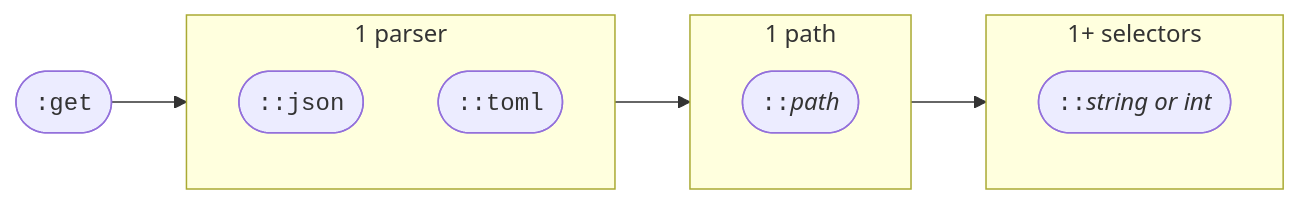
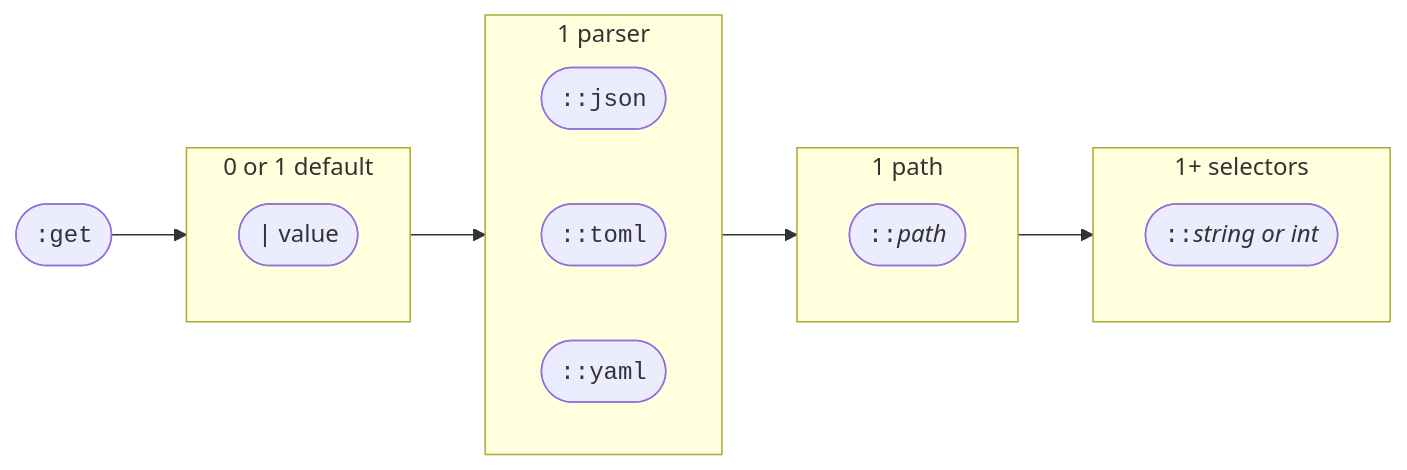
Before and after one commit to deathbeds/doitoml: the second of 4 diagrams in docs/how-to/dsl.md, drawn with Mermaid. The commit also changed other lines of this file and 6 other files, not shown here.

````diff
--- a/docs/how-to/dsl.md
+++ b/docs/how-to/dsl.md
@@ -36,20 +39,26 @@
 ```{mermaid}
 flowchart LR
 
-get --> parsers --> paths --> selectors
+get --> defaults --> parsers --> paths --> selectors
 
 get([<code>:get</code>])
 
+subgraph defaults [0 or 1 default]
+    default(["<code>|</code> value"])
+end
+
 subgraph parsers [1 parser]
+  direction LR
   json([<code>::json</code>])
   toml([<code>::toml</code>])
+  yaml([<code>::yaml</code>])
 end
 
 subgraph paths [1 path]
   path([<code>::</code><i>path</i>])
 end
 
 subgraph selectors [1+ selectors]
   selector([<code>::</code><i>string or int</i>])
 end
 ```
````
